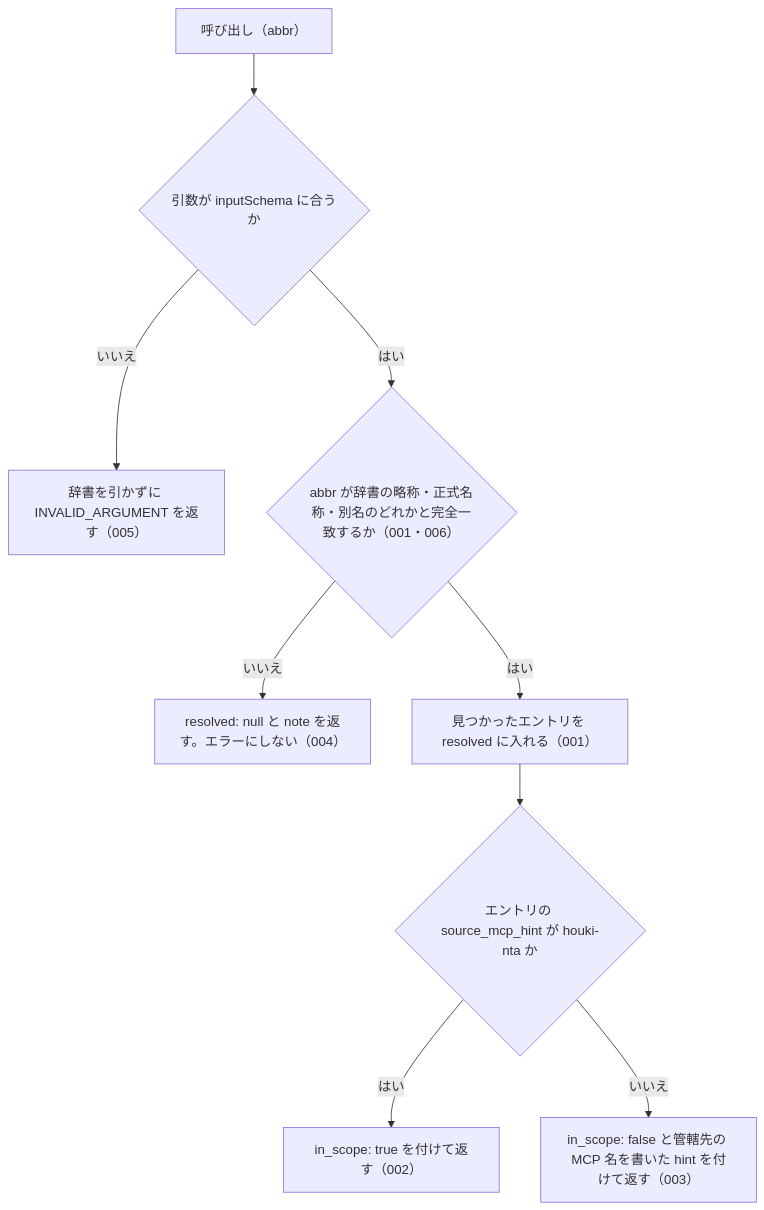
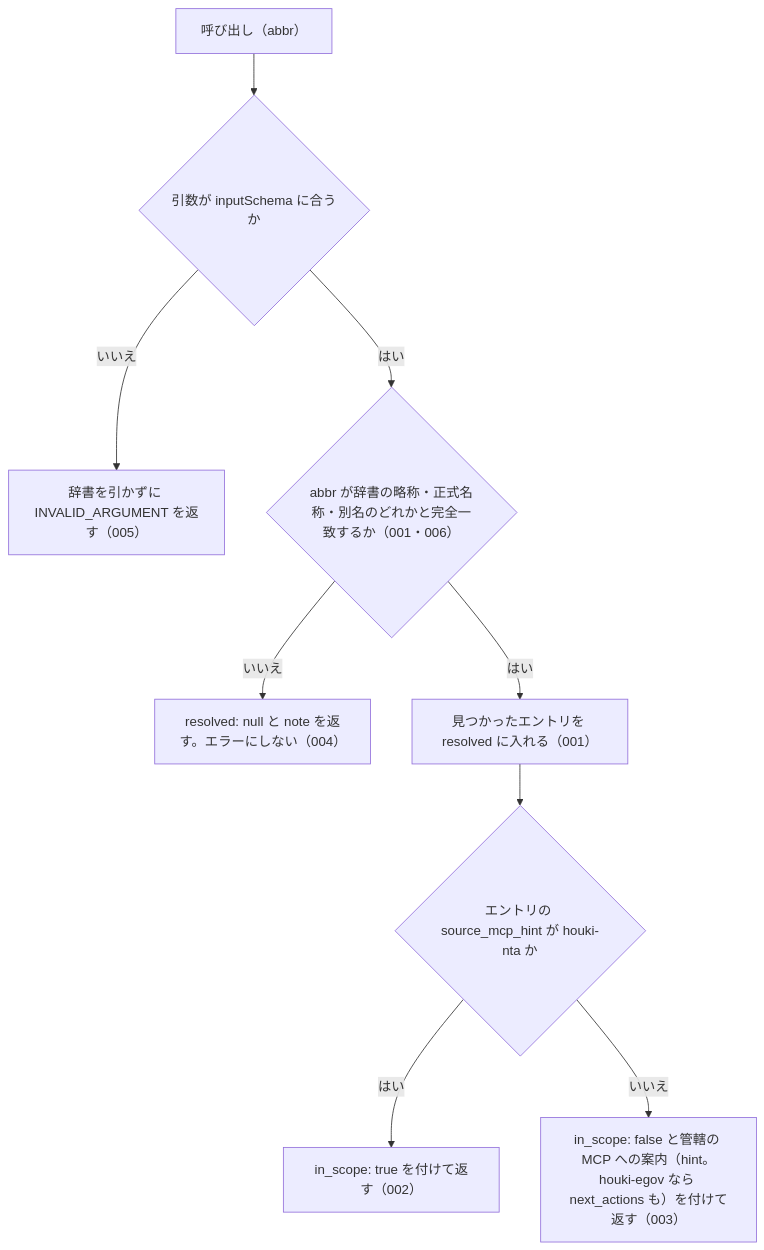
One commit to shuji-bonji/houki-nta-mcp changed the diagram in specs/current/resolve_abbreviation/spec.md. Above: the diagram before and after it, drawn with Mermaid. The commit also changed other lines of this file and 30 other files, not shown here.

````diff
--- a/specs/current/resolve_abbreviation/spec.md
+++ b/specs/current/resolve_abbreviation/spec.md
@@ -26,11 +26,11 @@
 ```mermaid
 flowchart TD
   A["呼び出し（abbr）"] --> B{"引数が inputSchema に合うか"}
   B -- いいえ --> E1["辞書を引かずに INVALID_ARGUMENT を返す（005）"]
   B -- はい --> C{"abbr が辞書の略称・正式名称・別名のどれかと完全一致するか（001・006）"}
   C -- いいえ --> E2["resolved: null と note を返す。エラーにしない（004）"]
   C -- はい --> D["見つかったエントリを resolved に入れる（001）"]
   D --> F{"エントリの source_mcp_hint が houki-nta か"}
   F -- はい --> G["in_scope: true を付けて返す（002）"]
-  F -- いいえ --> H["in_scope: false と管轄先の MCP 名を書いた hint を付けて返す（003）"]
+  F -- いいえ --> H["in_scope: false と管轄の MCP への案内（hint。houki-egov なら next_actions も）を付けて返す（003）"]
 ```
````
